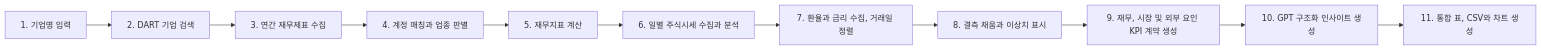
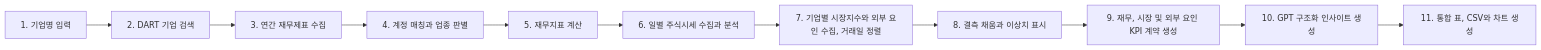
Before and after one commit to David9733/financial_analysis: the diagram in README.md, drawn with Mermaid. The commit also changed other lines of this file and 26 other files, not shown here.

````diff
--- a/README.md
+++ b/README.md
@@ -64,13 +64,13 @@
 ```mermaid
 graph LR
     A["1. 기업명 입력"] --> B["2. DART 기업 검색"]
     B --> C["3. 연간 재무제표 수집"]
     C --> D["4. 계정 매칭과 업종 판별"]
     D --> E["5. 재무지표 계산"]
     E --> F["6. 일별 주식시세 수집과 분석"]
-    F --> F2["7. 환율과 금리 수집, 거래일 정렬"]
+    F --> F2["7. 기업별 시장지수와 외부 요인 수집, 거래일 정렬"]
     F2 --> F3["8. 결측 채움과 이상치 표시"]
     F3 --> G["9. 재무, 시장 및 외부 요인 KPI 계약 생성"]
     G --> H["10. GPT 구조화 인사이트 생성"]
     H --> I["11. 통합 표, CSV와 차트 생성"]
 ```
````
